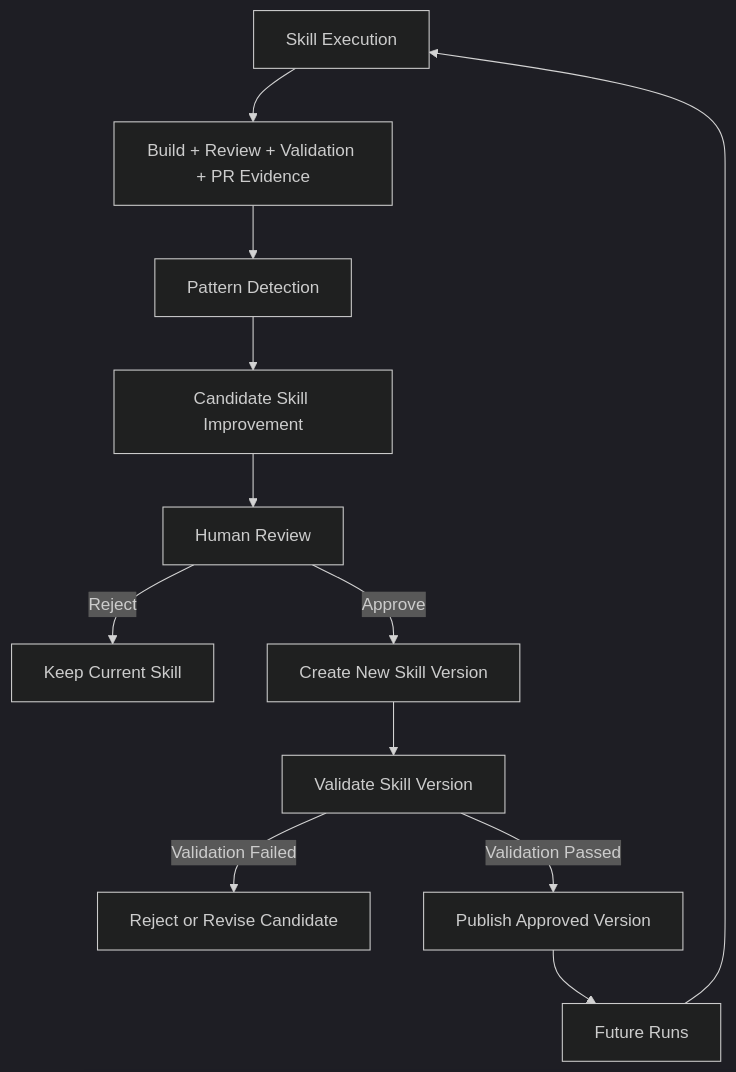
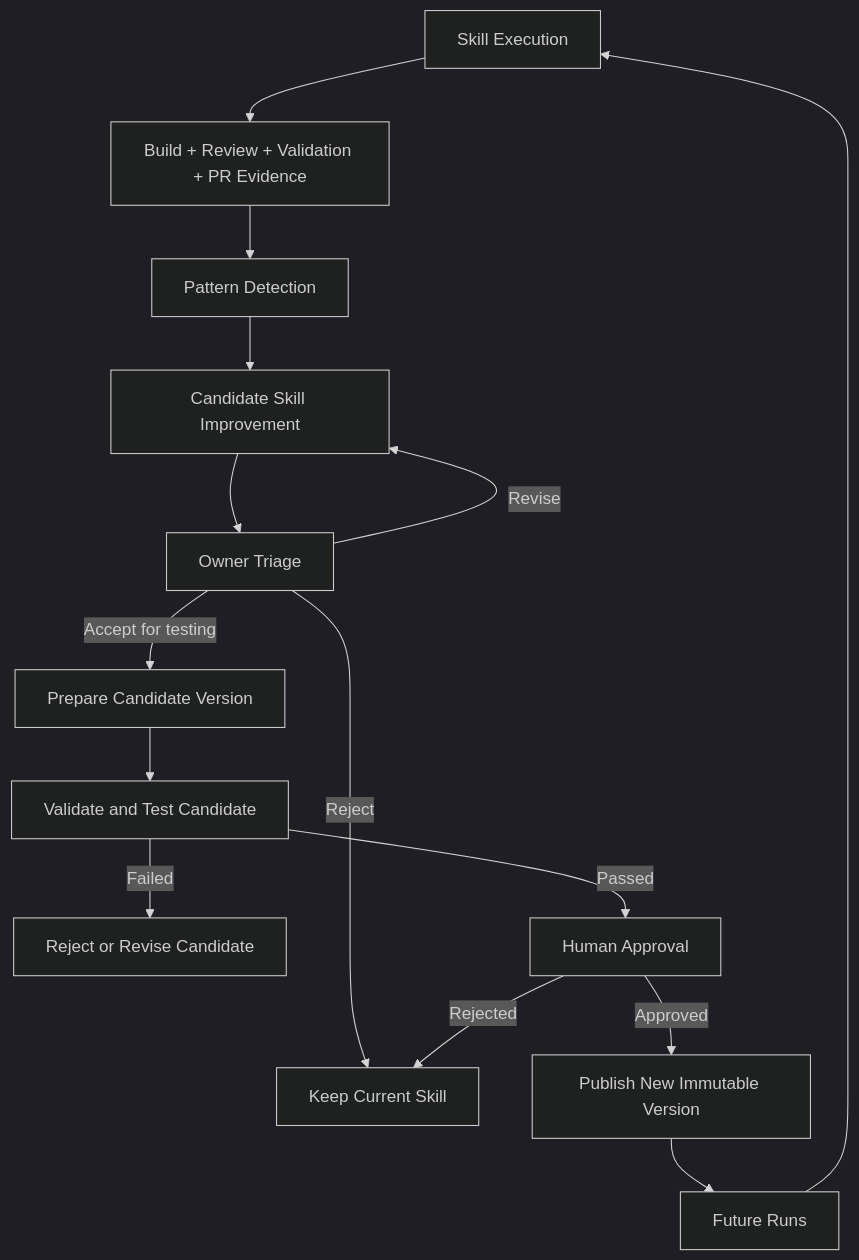
Before and after one commit to sheikh-zeeshan/Enterprise-AI-Engineering-Handbook: the first of 11 diagrams in book/41-skill-evolution.md, drawn with Mermaid (dark theme). The commit also changed other lines of this file and 49 other files, not shown here.

````diff
--- a/book/41-skill-evolution.md
+++ b/book/41-skill-evolution.md
@@ -330,17 +330,20 @@
 ```mermaid
 flowchart TD
     A[Skill Execution] --> B[Build + Review + Validation + PR Evidence]
     B --> C[Pattern Detection]
     C --> D[Candidate Skill Improvement]
-    D --> E[Human Review]
+    D --> E[Owner Triage]
 
     E -->|Reject| F[Keep Current Skill]
-    E -->|Approve| G[Create New Skill Version]
+    E -->|Revise| D
+    E -->|Accept for testing| G[Prepare Candidate Version]
 
-    G --> H[Validate Skill Version]
-    H -->|Validation Failed| I[Reject or Revise Candidate]
-    H -->|Validation Passed| J[Publish Approved Version]
+    G --> H[Validate and Test Candidate]
+    H -->|Failed| I[Reject or Revise Candidate]
+    H -->|Passed| J[Human Approval]
+    J -->|Approved| PUB[Publish New Immutable Version]
+    J -->|Rejected| F
 
-    J --> K[Future Runs]
+    PUB --> K[Future Runs]
     K --> A
 ```
````
